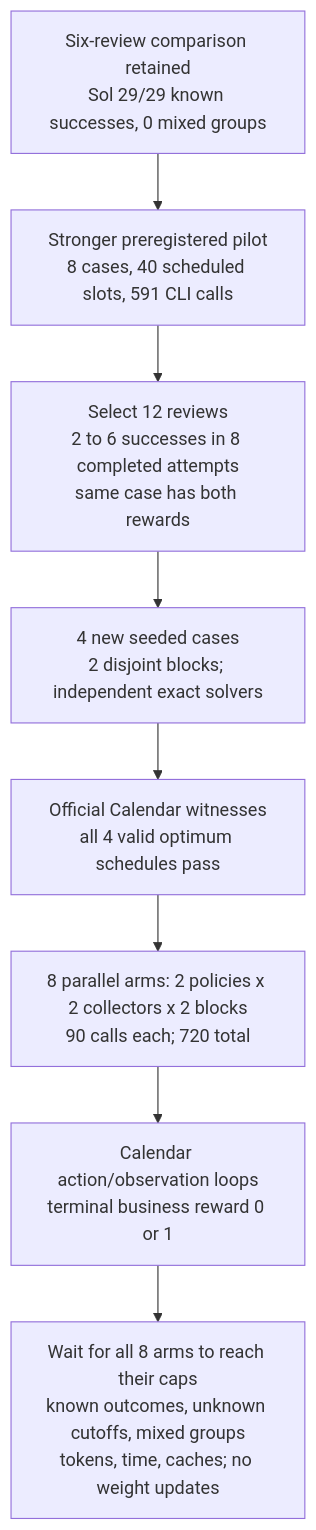
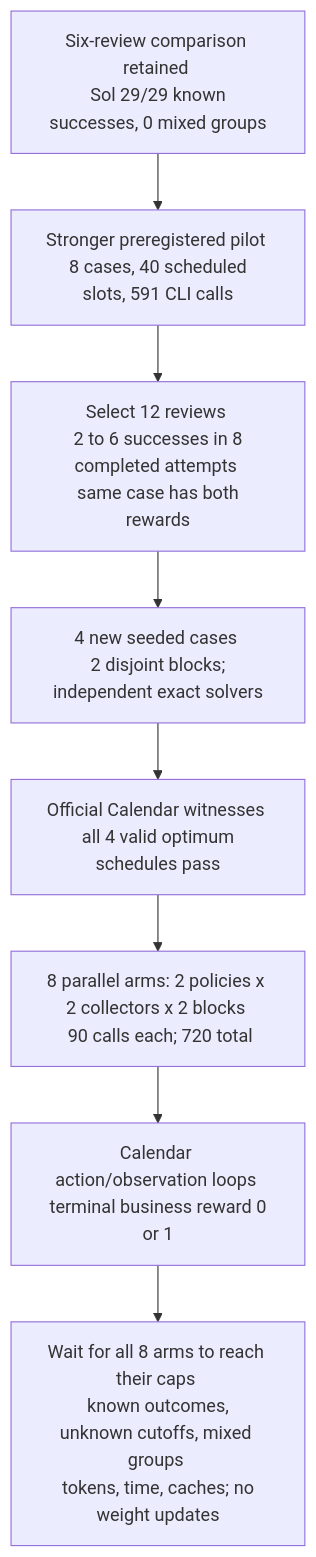
Before and after one commit to k-sandhu/experiment-notebooks: the fifth of 6 diagrams in notebooks/27-adaptive-knowledge-rollouts/README.md, drawn with Mermaid. The commit also changed other lines of this file and 4898 other files, not shown here.

````diff
--- a/notebooks/27-adaptive-knowledge-rollouts/README.md
+++ b/notebooks/27-adaptive-knowledge-rollouts/README.md
@@ -801,10 +796,10 @@
 ```mermaid
 flowchart TD
-  previous["Six-review comparison retained<br/>Sol 29/29 known successes, 0 mixed groups"] --> pilot["Stronger preregistered pilot<br/>8 cases, 40 scheduled slots, 591 CLI calls"]
-  pilot --> select["Select 12 reviews<br/>2 to 6 successes in 8 completed attempts<br/>same case has both rewards"]
-  select --> fresh["4 new seeded cases<br/>2 disjoint blocks; independent exact solvers"]
-  fresh --> witness["Official Calendar witnesses<br/>all 4 valid optimum schedules pass"]
-  witness --> arms["8 parallel arms: 2 policies x 2 collectors x 2 blocks<br/>90 calls each; 720 total"]
-  arms --> reward["Calendar action/observation loops<br/>terminal business reward 0 or 1"]
-  reward --> save["Wait for all 8 arms to reach their caps<br/>known outcomes, unknown cutoffs, mixed groups<br/>tokens, time, caches; no weight updates"]
+  previous["Six-review comparison retained <br/> Sol 29/29 known successes, 0 mixed groups"] --> pilot["Stronger preregistered pilot <br/> 8 cases, 40 scheduled slots, 591 CLI calls"]
+  pilot --> select["Select 12 reviews <br/> 2 to 6 successes in 8 completed attempts <br/> same case has both rewards"]
+  select --> fresh["4 new seeded cases <br/> 2 disjoint blocks; independent exact solvers"]
+  fresh --> witness["Official Calendar witnesses <br/> all 4 valid optimum schedules pass"]
+  witness --> arms["8 parallel arms: 2 policies x 2 collectors x 2 blocks <br/> 90 calls each; 720 total"]
+  arms --> reward["Calendar action/observation loops <br/> terminal business reward 0 or 1"]
+  reward --> save["Wait for all 8 arms to reach their caps <br/> known outcomes, unknown cutoffs, mixed groups <br/> tokens, time, caches; no weight updates"]
 ```
````
